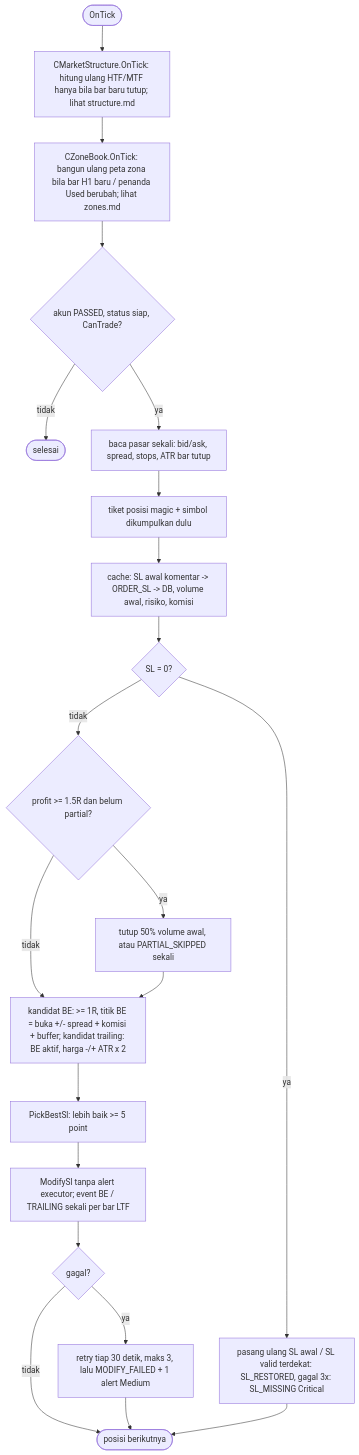
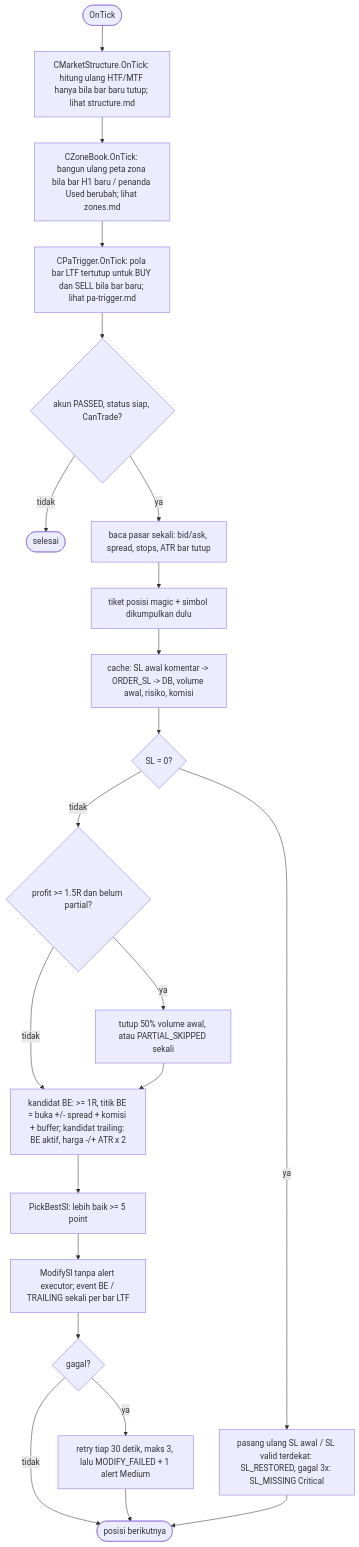
The diagram in sdbot/docs/flows/tick.md (ndra969/trading-bot), drawn with Mermaid before and after one commit. The commit also changed 23 other files, not shown here.

````diff
--- a/sdbot/docs/flows/tick.md
+++ b/sdbot/docs/flows/tick.md
@@ -3,23 +3,24 @@
 ```mermaid
 flowchart TB
     T([OnTick]) --> AN[CMarketStructure.OnTick: hitung ulang HTF/MTF hanya bila bar baru tutup; lihat structure.md]
     AN --> ZN[CZoneBook.OnTick: bangun ulang peta zona bila bar H1 baru / penanda Used berubah; lihat zones.md]
-    ZN --> G{akun PASSED, status siap, CanTrade?}
+    ZN --> PA[CPaTrigger.OnTick: pola bar LTF tertutup untuk BUY dan SELL bila bar baru; lihat pa-trigger.md]
+    PA --> G{akun PASSED, status siap, CanTrade?}
     G -->|tidak| Z([selesai])
     G -->|ya| M[baca pasar sekali: bid/ask, spread, stops, ATR bar tutup]
     M --> L[tiket posisi magic + simbol dikumpulkan dulu]
     L --> C[cache: SL awal komentar -> ORDER_SL -> DB, volume awal, risiko, komisi]
     C --> S0{SL = 0?}
     S0 -->|ya| RS[pasang ulang SL awal / SL valid terdekat: SL_RESTORED, gagal 3x: SL_MISSING Critical]
     S0 -->|tidak| P{profit >= 1.5R dan belum partial?}
     P -->|ya| PC[tutup 50% volume awal, atau PARTIAL_SKIPPED sekali]
     P -->|tidak| SL
     PC --> SL[kandidat BE: >= 1R, titik BE = buka +/- spread + komisi + buffer; kandidat trailing: BE aktif, harga -/+ ATR x 2]
     SL --> B[PickBestSl: lebih baik >= 5 point]
     B --> MO[ModifySl tanpa alert executor; event BE / TRAILING sekali per bar LTF]
     MO --> F{gagal?}
     F -->|ya| RT[retry tiap 30 detik, maks 3, lalu MODIFY_FAILED + 1 alert Medium]
     F -->|tidak| N([posisi berikutnya])
     RT --> N
     RS --> N
 ```
````
